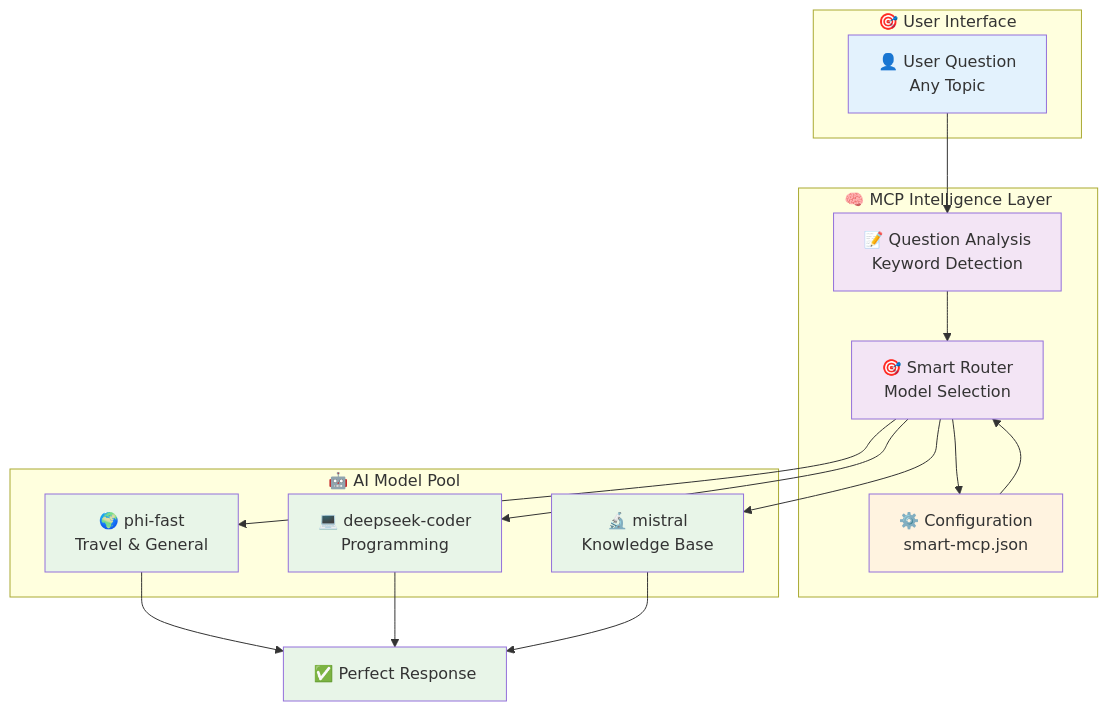
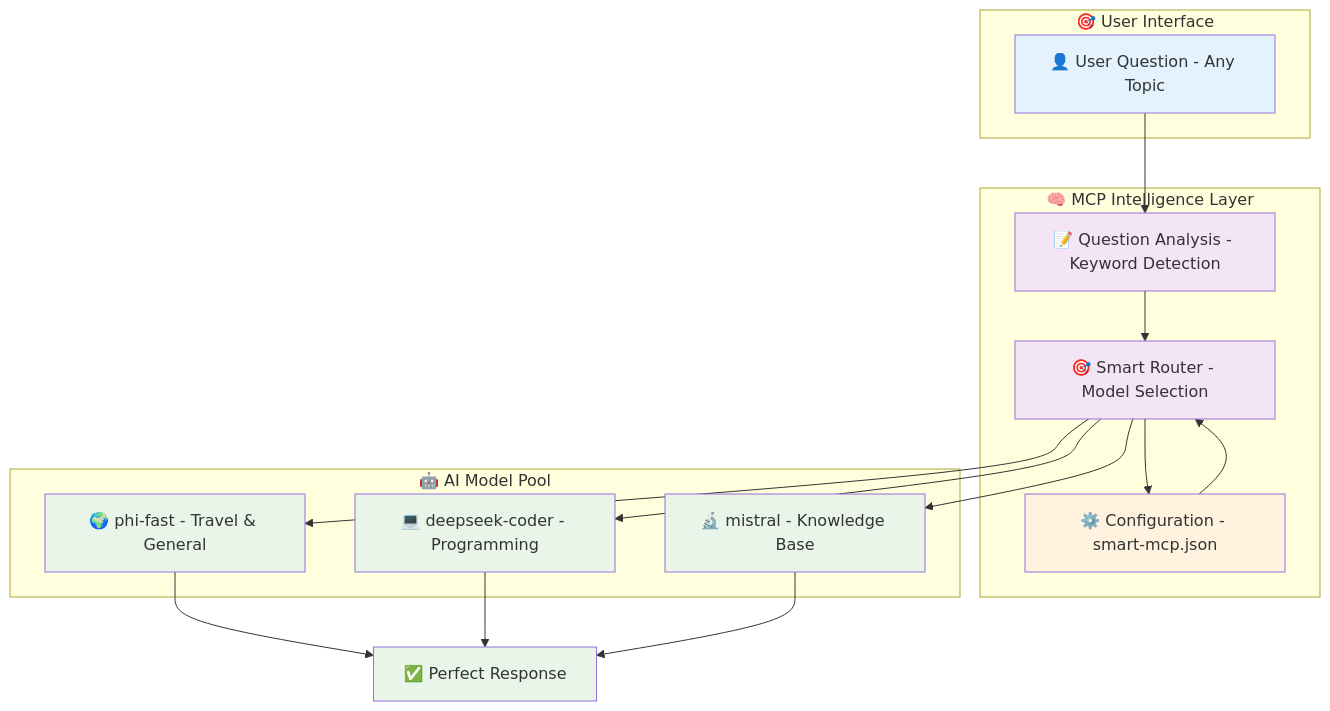
The first of 2 diagrams in README.md (manikcloud/build-your-own-ai-assistant), drawn with Mermaid before and after one commit. The commit also changed other lines of this file and 3 other files, not shown here.

First line of the commit message:
Fix Mermaid diagram syntax for GitHub compatibility

````diff
--- a/README.md
+++ b/README.md
@@ -9,39 +9,39 @@
 ```mermaid
 graph TB
-    subgraph "🎯 User Interface"
-        A[👤 User Question<br/>Any Topic]
+    subgraph UserInterface["🎯 User Interface"]
+        A["👤 User Question - Any Topic"]
     end
     
-    subgraph "🧠 MCP Intelligence Layer"
-        B[📝 Question Analysis<br/>Keyword Detection]
-        C[🎯 Smart Router<br/>Model Selection]
-        D[⚙️ Configuration<br/>smart-mcp.json]
+    subgraph MCPLayer["🧠 MCP Intelligence Layer"]
+        B["📝 Question Analysis - Keyword Detection"]
+        C["🎯 Smart Router - Model Selection"]
+        D["⚙️ Configuration - smart-mcp.json"]
     end
     
-    subgraph "🤖 AI Model Pool"
-        E[🌍 phi-fast<br/>Travel & General]
-        F[💻 deepseek-coder<br/>Programming]
-        G[🔬 mistral<br/>Knowledge Base]
+    subgraph AIModels["🤖 AI Model Pool"]
+        E["🌍 phi-fast - Travel & General"]
+        F["💻 deepseek-coder - Programming"]
+        G["🔬 mistral - Knowledge Base"]
     end
     
     A --> B
     B --> C
     C --> D
     D --> C
     C --> E
     C --> F
     C --> G
     
-    E --> H[✅ Perfect Response]
+    E --> H["✅ Perfect Response"]
     F --> H
     G --> H
     
     style A fill:#e3f2fd
     style B fill:#f3e5f5
     style C fill:#f3e5f5
     style D fill:#fff3e0
     style E fill:#e8f5e8
     style F fill:#e8f5e8
     style G fill:#e8f5e8
     style H fill:#e8f5e8
 ```
````
